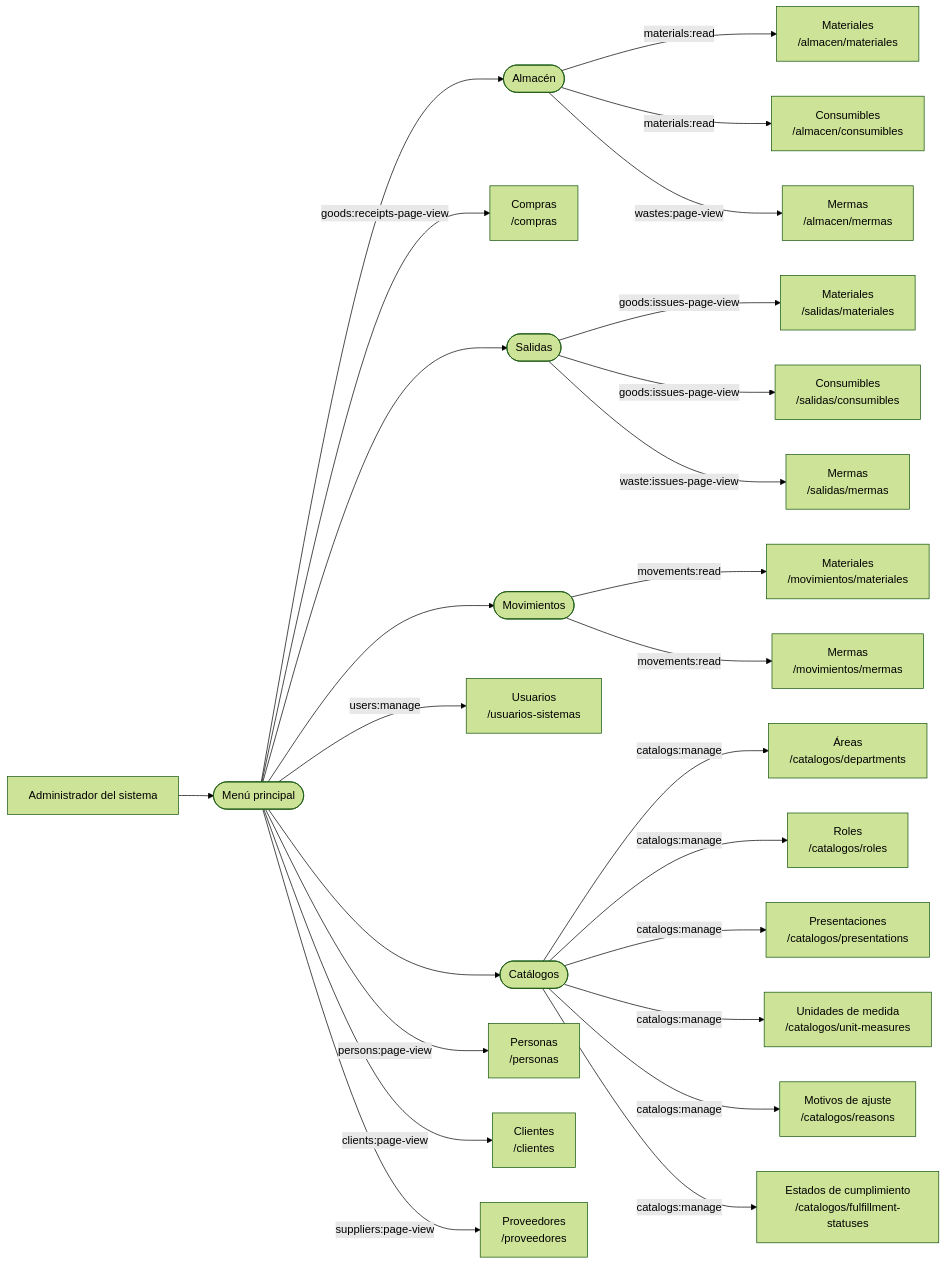
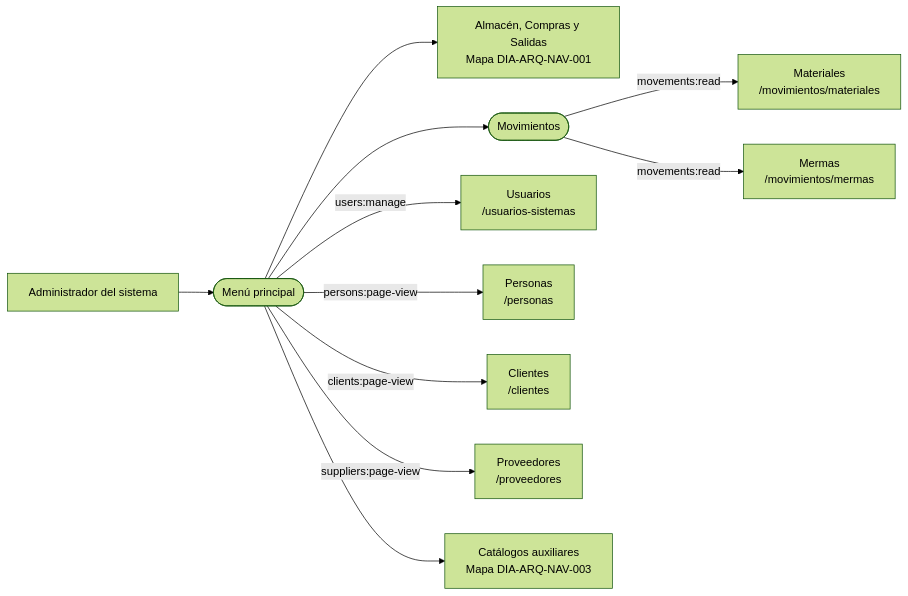
One commit to gpgsistemas01/nexus changed the third of 4 diagrams in docs/architecture/views/scenarios/web-navigation-and-screen-catalog/02-map-visual-of-navigation.md. Above: the diagram before and after it, drawn with Mermaid (forest theme). The commit also changed other lines of this file and 5 other files, not shown here.

````diff
--- a/docs/architecture/views/scenarios/web-navigation-and-screen-catalog/02-map-visual-of-navigation.md
+++ b/docs/architecture/views/scenarios/web-navigation-and-screen-catalog/02-map-visual-of-navigation.md
@@ -75,27 +89,13 @@
 ```mermaid
 flowchart LR
     actor["Administrador del sistema"] --> menu(["Menú principal"])
-    menu --> warehouse(["Almacén"])
-    warehouse -->|"materials:read"| materials["Materiales<br/>/almacen/materiales"]
-    warehouse -->|"materials:read"| consumables["Consumibles<br/>/almacen/consumibles"]
-    warehouse -->|"wastes:page-view"| wastes["Mermas<br/>/almacen/mermas"]
-    menu -->|"goods:receipts-page-view"| purchases["Compras<br/>/compras"]
-    menu --> issues(["Salidas"])
-    issues -->|"goods:issues-page-view"| goodsIssues["Materiales<br/>/salidas/materiales"]
-    issues -->|"goods:issues-page-view"| consumableIssues["Consumibles<br/>/salidas/consumibles"]
-    issues -->|"waste:issues-page-view"| wasteIssues["Mermas<br/>/salidas/mermas"]
+    menu --> shared["Almacén, Compras y Salidas<br/>Mapa DIA-ARQ-NAV-001"]
     menu --> movements(["Movimientos"])
     movements -->|"movements:read"| materialMovements["Materiales<br/>/movimientos/materiales"]
     movements -->|"movements:read"| wasteMovements["Mermas<br/>/movimientos/mermas"]
     menu -->|"users:manage"| users["Usuarios<br/>/usuarios-sistemas"]
-    menu --> catalogs(["Catálogos"])
-    catalogs -->|"catalogs:manage"| departments["Áreas<br/>/catalogos/departments"]
-    catalogs -->|"catalogs:manage"| roles["Roles<br/>/catalogos/roles"]
-    catalogs -->|"catalogs:manage"| presentations["Presentaciones<br/>/catalogos/presentations"]
-    catalogs -->|"catalogs:manage"| units["Unidades de medida<br/>/catalogos/unit-measures"]
-    catalogs -->|"catalogs:manage"| reasons["Motivos de ajuste<br/>/catalogos/reasons"]
-    catalogs -->|"catalogs:manage"| fulfillment["Estados de cumplimiento<br/>/catalogos/fulfillment-statuses"]
     menu -->|"persons:page-view"| persons["Personas<br/>/personas"]
     menu -->|"clients:page-view"| clients["Clientes<br/>/clientes"]
     menu -->|"suppliers:page-view"| suppliers["Proveedores<br/>/proveedores"]
+    menu --> catalogs["Catálogos auxiliares<br/>Mapa DIA-ARQ-NAV-003"]
 ```
````
